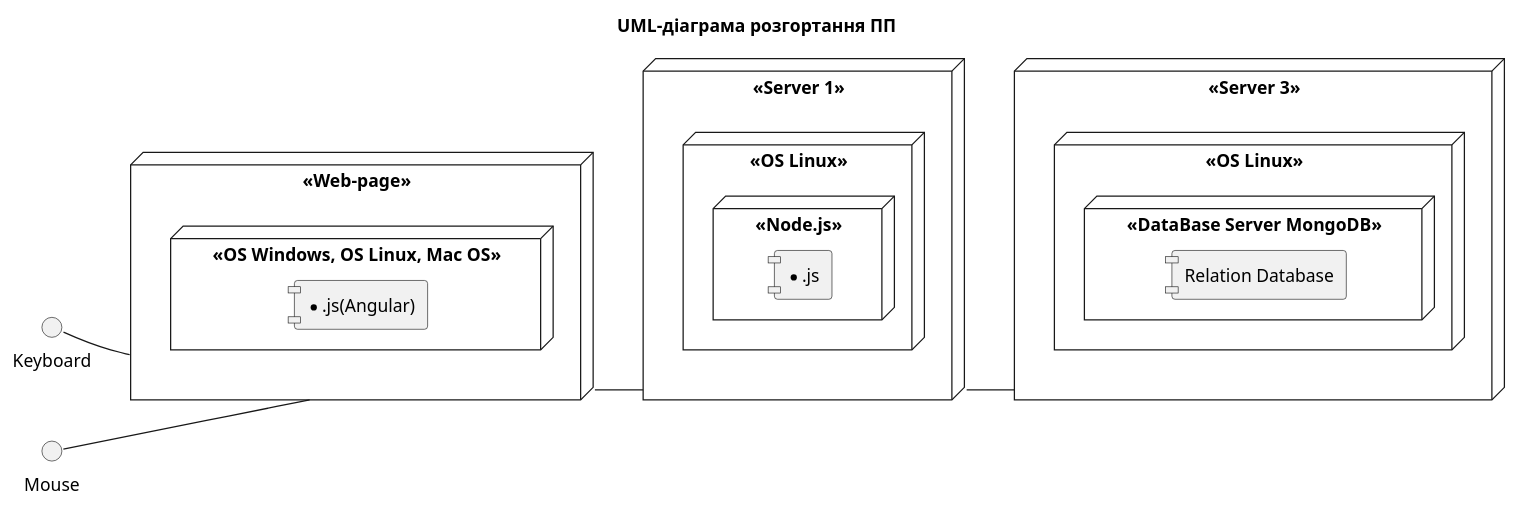
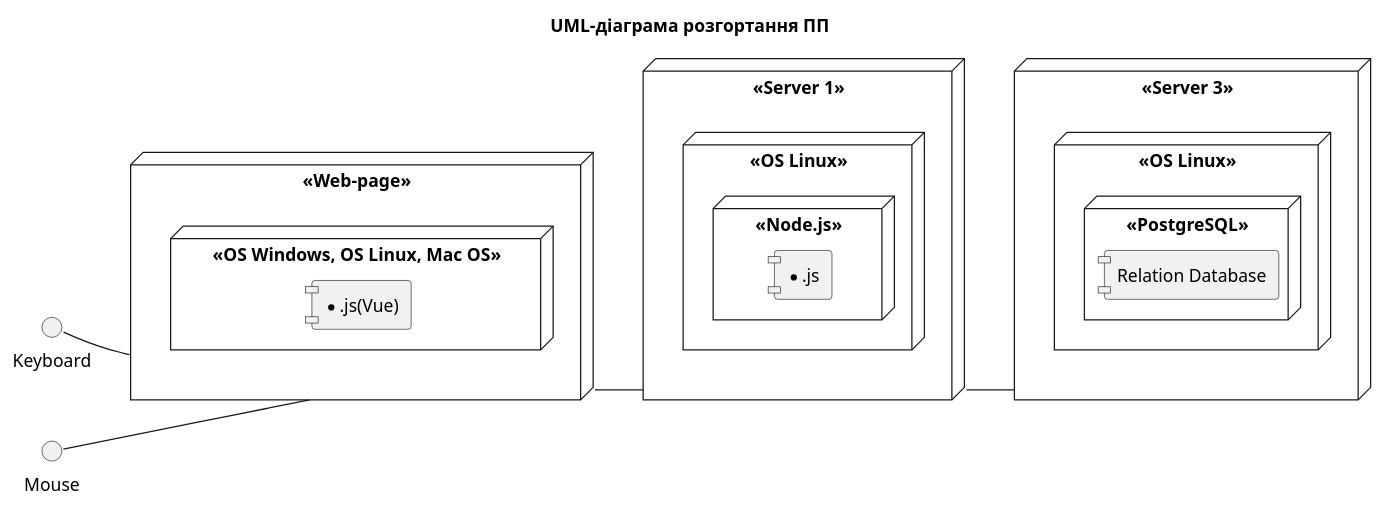
The diagram in 2-SoftwareDesign/2.7-PlantUML/UML-Deployment.puml (oleksandrblazhko/ai-216-zaporozhchenko), drawn with PlantUML before and after one commit.

```diff
--- a/2-SoftwareDesign/2.7-PlantUML/UML-Deployment.puml
+++ b/2-SoftwareDesign/2.7-PlantUML/UML-Deployment.puml
@@ -1,42 +1,42 @@
 @startuml
 
 title UML-діаграма розгортання ПП
 
 left to right direction
 
 skinparam componentStyle uml1
 
 node "<<Web-page>>" as wp {
     node "<<OS Windows, OS Linux, Mac OS>>" as w1 {
-        component [*.js(Angular)]
+        component [*.js(Vue)]
     }
 }
 
 interface Keyboard
 
 interface Mouse
 
 Keyboard -- wp
 
 Mouse -- wp
 
 node "<<Server 1>>" as serv1 {
     node "<<OS Linux>>" as w2 {
       node "<<Node.js>>"{
         component [*.js]
       }
     }
 }
 
 node "<<Server 3>>" as serv3 {
     node "<<OS Linux>>" as w3 {
-      node "<<DataBase Server MongoDB>>"{
+      node "<<PostgreSQL>>"{
         component [Relation Database]
       }
     }
 }
 
 wp -- serv1
 serv1 -- serv3
 
 @enduml
```
